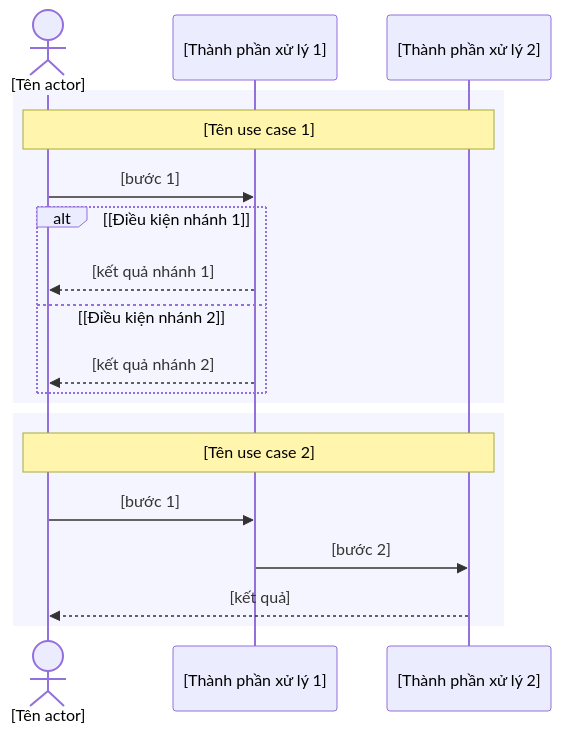
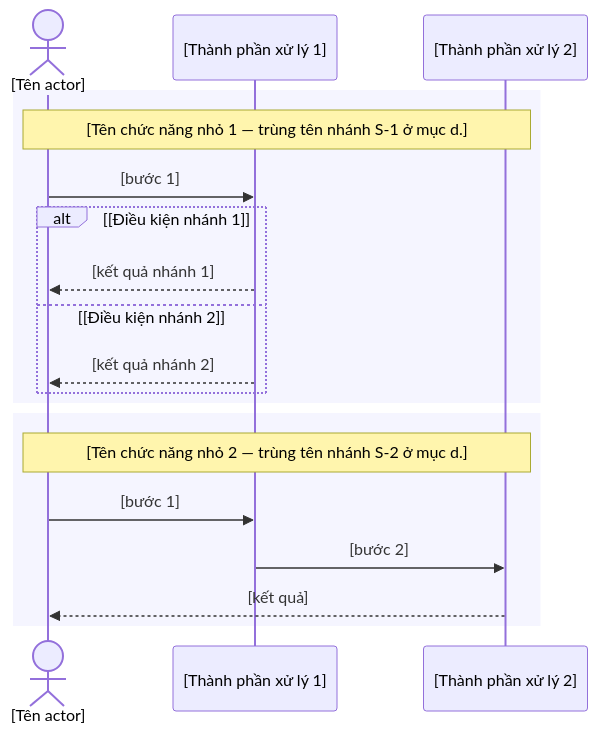
Before and after one commit to anhnt3/agent-skills: the third of 3 diagrams in speckit-extension/templates/srs-template.md, drawn with Mermaid. The commit also changed other lines of this file and 4 other files, not shown here.

````diff
--- a/speckit-extension/templates/srs-template.md
+++ b/speckit-extension/templates/srs-template.md
@@ -180,23 +196,23 @@
 ```mermaid
 sequenceDiagram
     actor U as [Tên actor]
     participant P1 as [Thành phần xử lý 1]
     participant P2 as [Thành phần xử lý 2]
 
     rect rgb(245, 245, 255)
-        Note over U,P2: [Tên use case 1]
+        Note over U,P2: [Tên chức năng nhỏ 1 — trùng tên nhánh S-1 ở mục d.]
         U->>P1: [bước 1]
         alt [Điều kiện nhánh 1]
             P1-->>U: [kết quả nhánh 1]
         else [Điều kiện nhánh 2]
             P1-->>U: [kết quả nhánh 2]
         end
     end
 
     rect rgb(245, 245, 255)
-        Note over U,P2: [Tên use case 2]
+        Note over U,P2: [Tên chức năng nhỏ 2 — trùng tên nhánh S-2 ở mục d.]
         U->>P1: [bước 1]
         P1->>P2: [bước 2]
         P2-->>U: [kết quả]
     end
 ```
````
